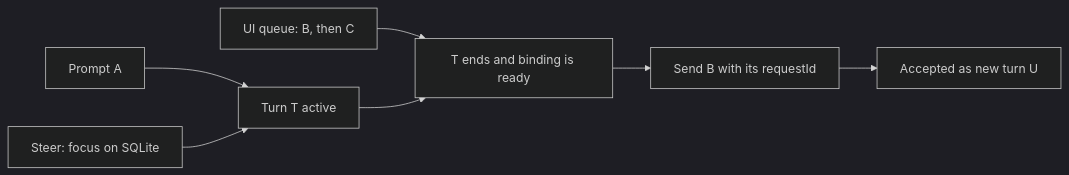
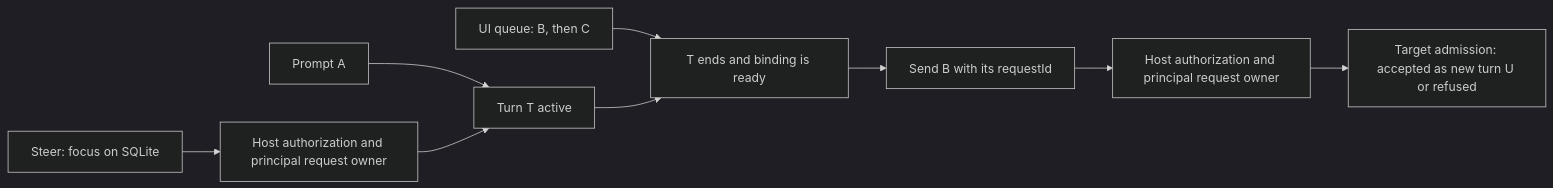
Before and after one commit to nessalabs/nessa-agent: the sixth of 10 diagrams in docs/adr/todo/0008-agent-client-api.md, drawn with Mermaid (dark theme). The commit also changed other lines of this file and 7 other files, not shown here.

````diff
--- a/docs/adr/todo/0008-agent-client-api.md
+++ b/docs/adr/todo/0008-agent-client-api.md
@@ -427,9 +441,11 @@
 ```mermaid
 flowchart LR
     A["Prompt A"] --> T["Turn T active"]
     Q["UI queue: B, then C"] --> G["T ends and binding is ready"]
     T --> G
     G --> B["Send B with its requestId"]
-    B --> N["Accepted as new turn U"]
-    H["Steer: focus on SQLite"] --> T
+    B --> I["Host authorization and principal request owner"]
+    I --> N["Target admission: accepted as new turn U or refused"]
+    H["Steer: focus on SQLite"] --> J["Host authorization and principal request owner"]
+    J --> T
 ```
````
